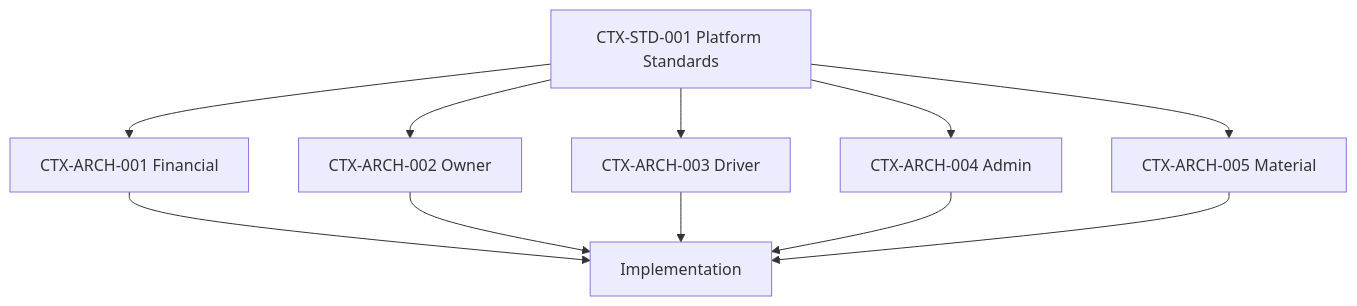
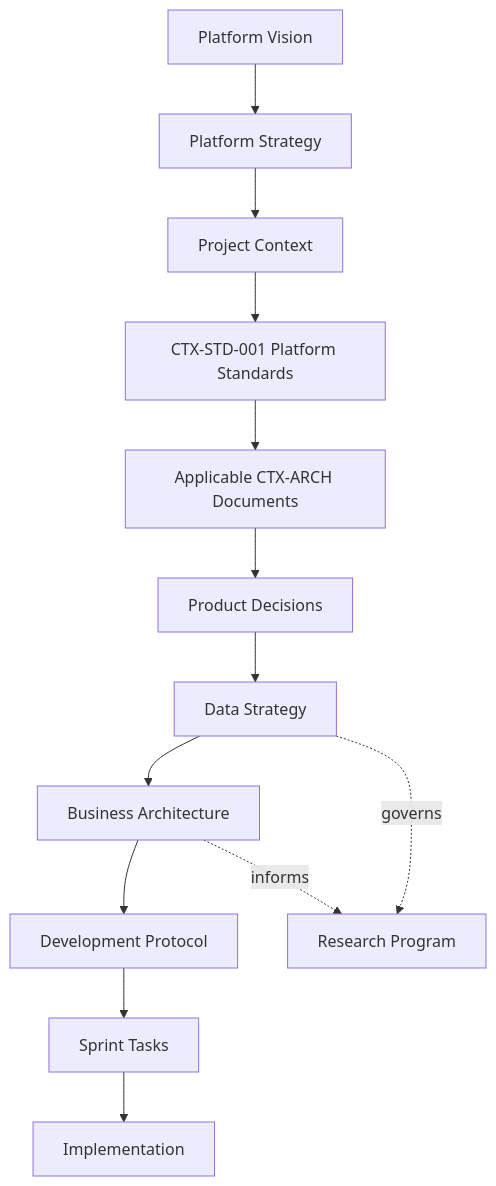
The diagram in docs/README.md (msti64-wq/Cretexchange_temp), drawn with Mermaid before and after one commit. The commit also changed other lines of this file and 39 other files, not shown here.

Commit message:
Establish circular economy platform vision and research strategy

````diff
--- a/docs/README.md
+++ b/docs/README.md
@@ -79,17 +118,16 @@
 ```mermaid
 flowchart TD
 
-A[CTX-STD-001 Platform Standards]
-
-A --> B[CTX-ARCH-001 Financial]
-A --> C[CTX-ARCH-002 Owner]
-A --> D[CTX-ARCH-003 Driver]
-A --> E[CTX-ARCH-004 Admin]
-A --> F[CTX-ARCH-005 Material]
-
-B --> G[Implementation]
-C --> G
-D --> G
-E --> G
-F --> G
+A[Platform Vision] --> B[Platform Strategy]
+B --> C[Project Context]
+C --> D[CTX-STD-001 Platform Standards]
+D --> E[Applicable CTX-ARCH Documents]
+E --> F[Product Decisions]
+F --> G[Data Strategy]
+G --> H[Business Architecture]
+H --> I[Development Protocol]
+G -. governs .-> R[Research Program]
+H -. informs .-> R
+I --> J[Sprint Tasks]
+J --> K[Implementation]
 ```
````
